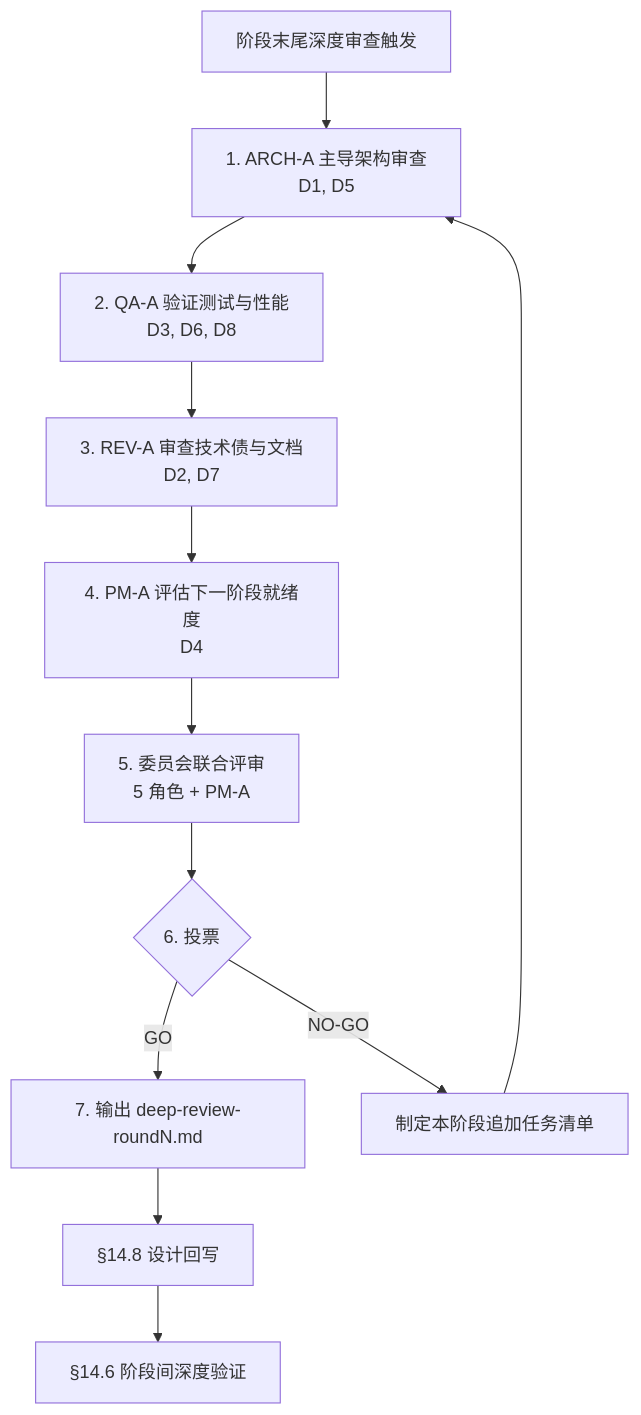
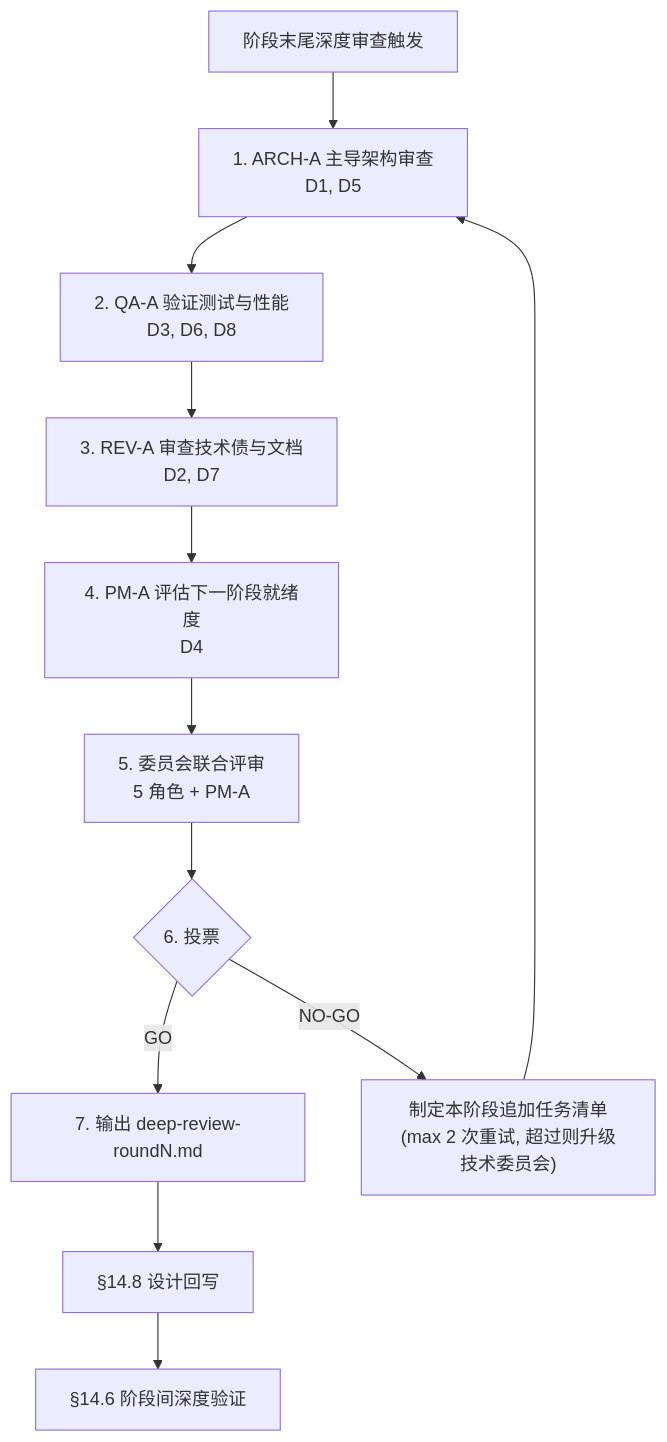
One commit to Redskaber/landin-lang changed the tenth of 21 diagrams in docs/stage-committee-process.md. Above: the diagram before and after it, drawn with Mermaid. The commit also changed other lines of this file and 3 other files, not shown here.

````diff
--- a/docs/stage-committee-process.md
+++ b/docs/stage-committee-process.md
@@ -1754,14 +1771,14 @@
 ```mermaid
 flowchart TD
     A[阶段末尾深度审查触发] --> B[1. ARCH-A 主导架构审查<br/>D1, D5]
     B --> C[2. QA-A 验证测试与性能<br/>D3, D6, D8]
     C --> D[3. REV-A 审查技术债与文档<br/>D2, D7]
     D --> E[4. PM-A 评估下一阶段就绪度<br/>D4]
     E --> F[5. 委员会联合评审<br/>5 角色 + PM-A]
     F --> G{6. 投票}
     G -->|GO| H[7. 输出 deep-review-roundN.md]
-    G -->|NO-GO| I[制定本阶段追加任务清单]
+    G -->|NO-GO| I["制定本阶段追加任务清单<br/>(max 2 次重试, 超过则升级技术委员会)"]
     I --> B
     H --> J[§14.8 设计回写]
     J --> K[§14.6 阶段间深度验证]
 ```
````
